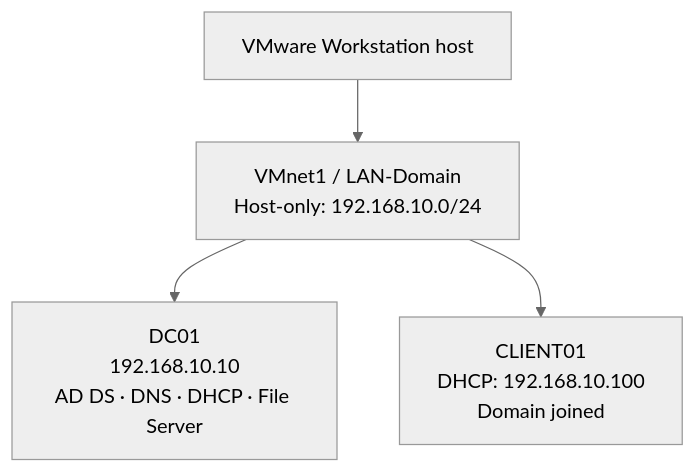
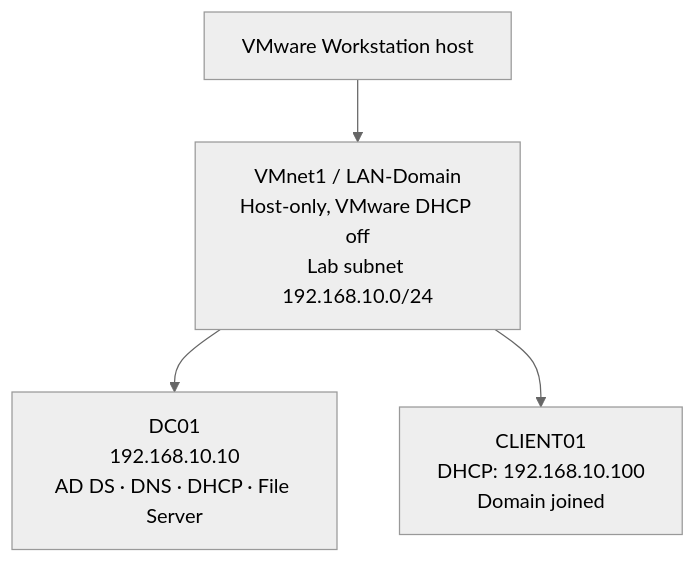
Before and after one commit to zSunnn/windows-server-2022-active-directory-homelab: the first of 2 diagrams in README.md, drawn with Mermaid (neutral theme). The commit also changed other lines of this file and 31 other files, not shown here.

````diff
--- a/README.md
+++ b/README.md
@@ -31,6 +31,6 @@
 ```mermaid
 flowchart TB
-    Host["VMware Workstation host"] --> VMnet["VMnet1 / LAN-Domain<br/>Host-only: 192.168.10.0/24"]
+    Host["VMware Workstation host"] --> VMnet["VMnet1 / LAN-Domain<br/>Host-only, VMware DHCP off<br/>Lab subnet 192.168.10.0/24"]
     VMnet --> DC["DC01<br/>192.168.10.10<br/>AD DS · DNS · DHCP · File Server"]
     VMnet --> Client["CLIENT01<br/>DHCP: 192.168.10.100<br/>Domain joined"]
 ```
````
